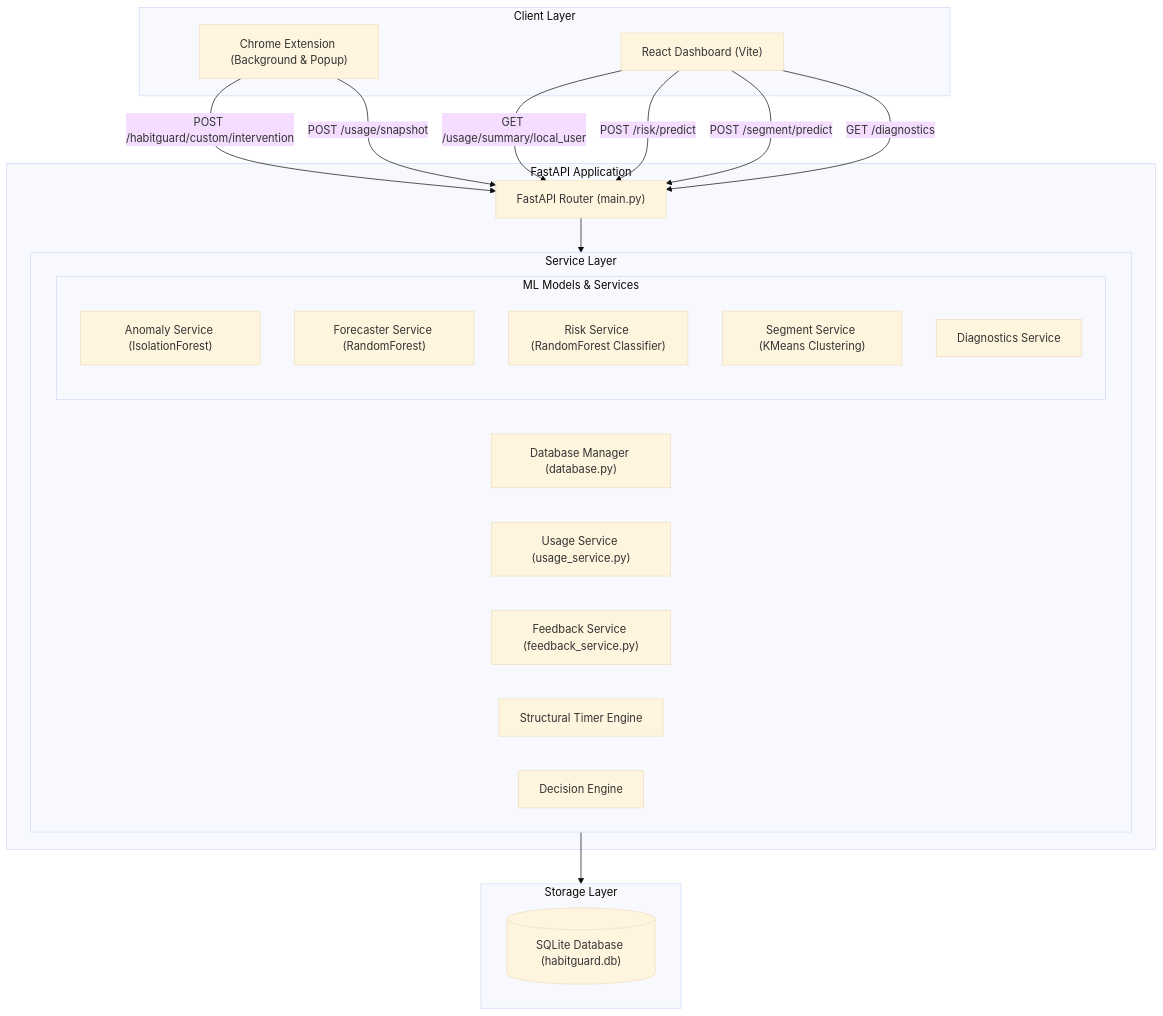
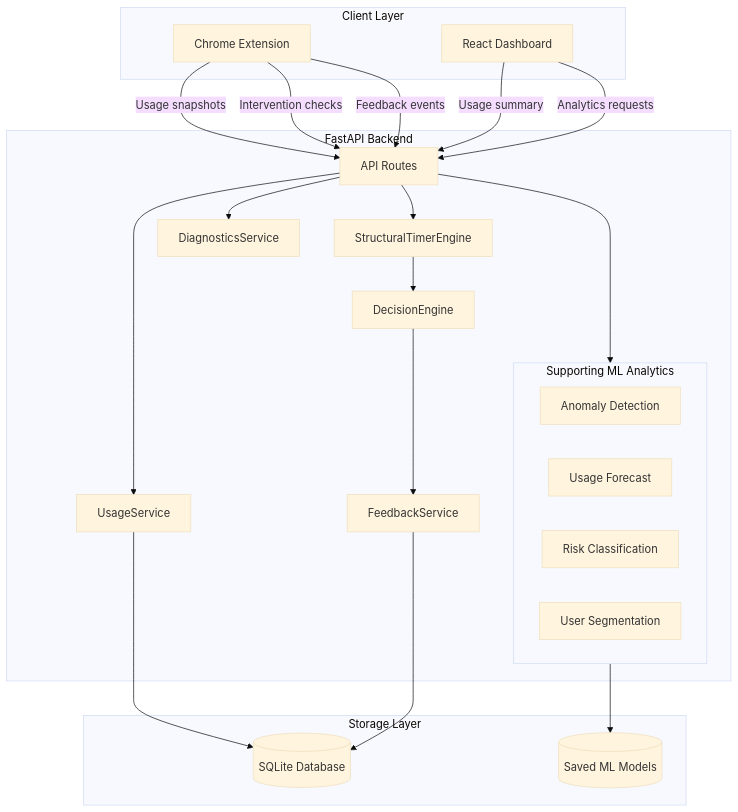
One commit to shreshta312/habitguard changed the second of 2 diagrams in readme.md. Above: the diagram before and after it, drawn with Mermaid (base theme). The commit also changed other lines of this file and 8 other files, not shown here.

````diff
--- a/readme.md
+++ b/readme.md
@@ -9,41 +502,47 @@
 ```mermaid
 graph TD
-    subgraph Client ["Client Layer"]
-        Ext["Chrome Extension (Background & Popup)"]
-        Dash["React Dashboard (Vite)"]
+    subgraph Client["Client Layer"]
+        Extension["Chrome Extension"]
+        Dashboard["React Dashboard"]
     end
 
-    subgraph Backend ["FastAPI Application"]
-        Main["FastAPI Router (main.py)"]
-        
-        subgraph Services ["Service Layer"]
-            DB["Database Manager (database.py)"]
-            Usage["Usage Service (usage_service.py)"]
-            Feedback["Feedback Service (feedback_service.py)"]
-            TimerEngine["Structural Timer Engine"]
-            DecisionEngine["Decision Engine"]
-            
-            subgraph ML ["ML Models & Services"]
-                Anomaly["Anomaly Service (IsolationForest)"]
-                Forecaster["Forecaster Service (RandomForest)"]
-                Risk["Risk Service (RandomForest Classifier)"]
-                Segment["Segment Service (KMeans Clustering)"]
-                Diagnostics["Diagnostics Service"]
-            end
+    subgraph Backend["FastAPI Backend"]
+        API["API Routes"]
+
+        Structural["StructuralTimerEngine"]
+        Decision["DecisionEngine"]
+        Feedback["FeedbackService"]
+        Usage["UsageService"]
+        Diagnostics["DiagnosticsService"]
+
+        subgraph Analytics["Supporting ML Analytics"]
+            Anomaly["Anomaly Detection"]
+            Forecast["Usage Forecast"]
+            Risk["Risk Classification"]
+            Segment["User Segmentation"]
         end
     end
 
-    subgraph Storage ["Storage Layer"]
-        SQLite[("SQLite Database (habitguard.db)")]
+    subgraph Storage["Storage Layer"]
+        SQLite[("SQLite Database")]
+        Models[("Saved ML Models")]
     end
 
-    Ext -->|POST /habitguard/custom/intervention| Main
-    Ext -->|POST /usage/snapshot| Main
-    Dash -->|GET /usage/summary/local_user| Main
-    Dash -->|POST /risk/predict| Main
-    Dash -->|POST /segment/predict| Main
-    Dash -->|GET /diagnostics| Main
+    Extension -->|Usage snapshots| API
+    Extension -->|Intervention checks| API
+    Extension -->|Feedback events| API
 
-    Main --> Services
-    Services --> Storage
+    Dashboard -->|Usage summary| API
+    Dashboard -->|Analytics requests| API
+
+    API --> Structural
+    Structural --> Decision
+    Decision --> Feedback
+    API --> Usage
+    API --> Diagnostics
+    API --> Analytics
+
+    Usage --> SQLite
+    Feedback --> SQLite
+    Analytics --> Models
 ```
````
